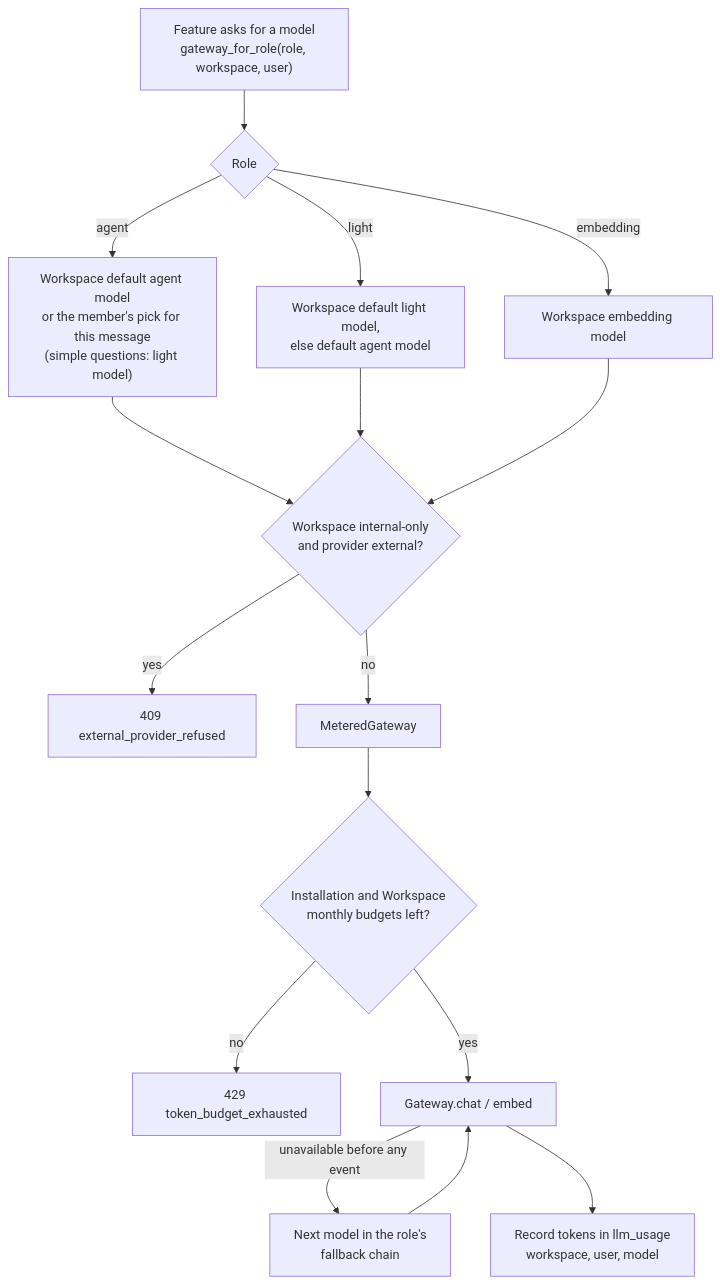
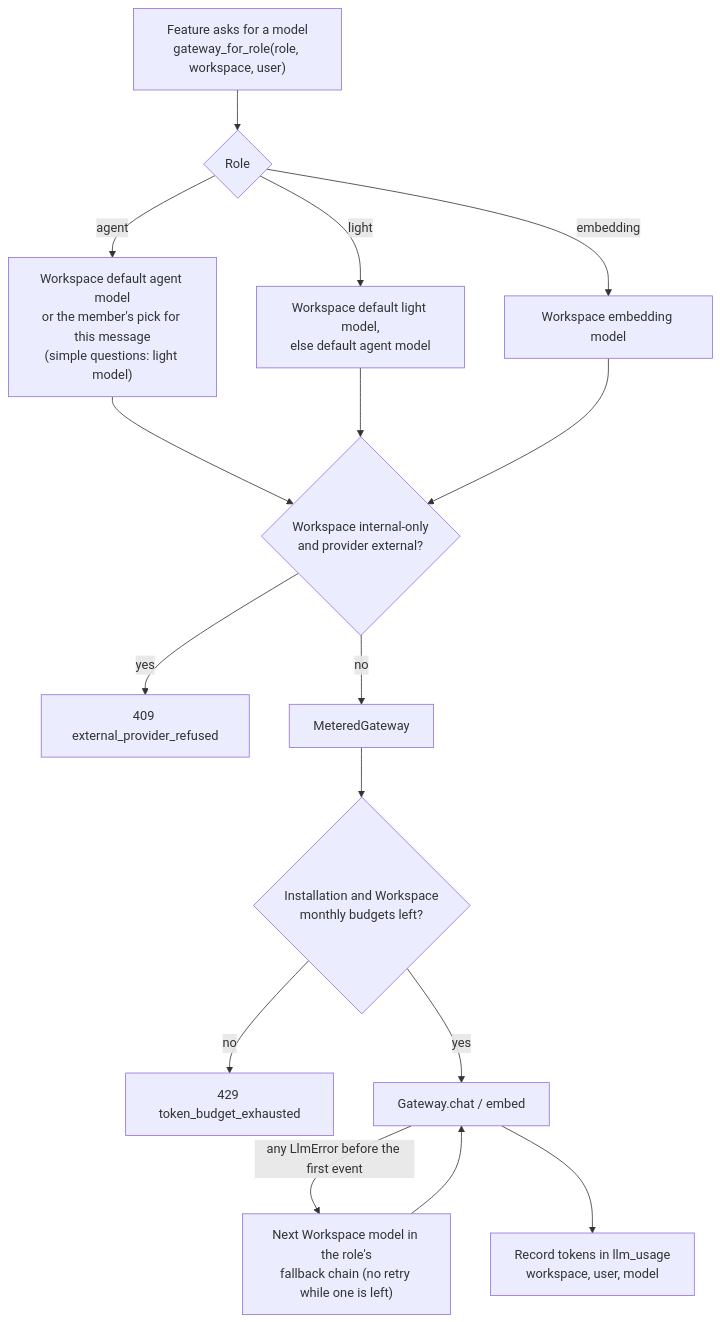
One commit to EslamAlaaZaki/dawam changed the third of 14 diagrams in docs/ai-architecture.md. Above: the diagram before and after it, drawn with Mermaid. The commit also changed other lines of this file and 1 other file, not shown here.

Commit message:
docs: model fallback on any failure (#550)

````diff
--- a/docs/ai-architecture.md
+++ b/docs/ai-architecture.md
@@ -186,15 +186,15 @@
 ```mermaid
 flowchart TD
     F["Feature asks for a model<br/>gateway_for_role(role, workspace, user)"] --> R{"Role"}
     R -->|agent| M1["Workspace default agent model<br/>or the member's pick for this message<br/>(simple questions: light model)"]
     R -->|light| M2["Workspace default light model,<br/>else default agent model"]
     R -->|embedding| M3["Workspace embedding model"]
     M1 & M2 & M3 --> IO{"Workspace internal-only<br/>and provider external?"}
     IO -->|yes| E1["409 external_provider_refused"]
     IO -->|no| MG["MeteredGateway"]
     MG --> B{"Installation and Workspace<br/>monthly budgets left?"}
     B -->|no| E2["429 token_budget_exhausted"]
     B -->|yes| CALL["Gateway.chat / embed"]
-    CALL -->|"unavailable before any event"| FB["Next model in the role's<br/>fallback chain"] --> CALL
+    CALL -->|"any LlmError before the first event"| FB["Next Workspace model in the role's<br/>fallback chain (no retry while one is left)"] --> CALL
     CALL --> U["Record tokens in llm_usage<br/>workspace, user, model"]
 ```
````
